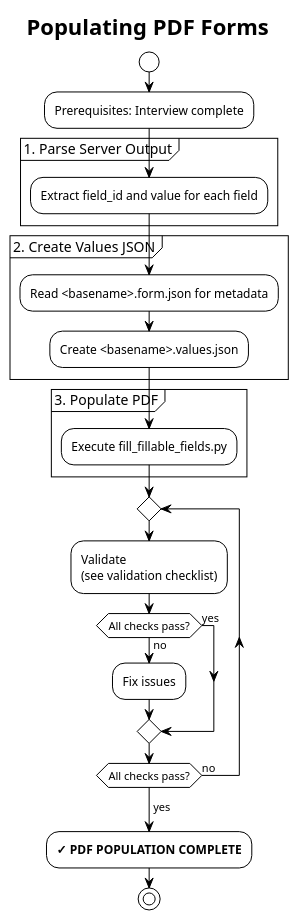
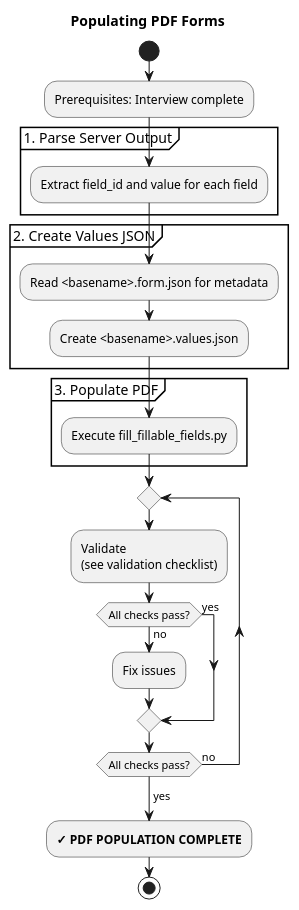
The diagram in Claude/filling-pdf-forms/skills/filling-pdf-forms/references/populating.md (jhs/Chatfield), drawn with PlantUML before and after one commit. The commit also changed 3 other files, not shown here.

````diff
--- a/Claude/filling-pdf-forms/skills/filling-pdf-forms/references/populating.md
+++ b/Claude/filling-pdf-forms/skills/filling-pdf-forms/references/populating.md
@@ -7,39 +7,38 @@
 ```plantuml
 @startuml populating
-!theme plain
 
 title Populating PDF Forms
 
 start
 :Prerequisites: Interview complete;
 
 partition "1. Parse Server Output" {
   :Extract field_id and value for each field;
 }
 
 partition "2. Create Values JSON" {
   :Read <basename>.form.json for metadata;
 
   :Create <basename>.values.json;
 }
 
 partition "3. Populate PDF" {
   :Execute fill_fillable_fields.py;
 }
 
 repeat
   :Validate
   (see validation checklist);
 
   if (All checks pass?) then (yes)
   else (no)
     :Fix issues;
   endif
 repeat while (All checks pass?) is (no)
 ->yes;
 
 :**✓ PDF POPULATION COMPLETE**;
 stop
 
 @enduml
 ```
````
